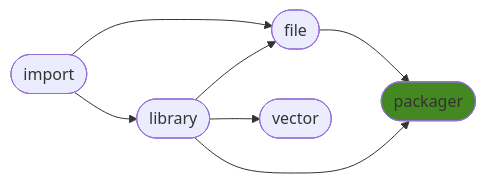
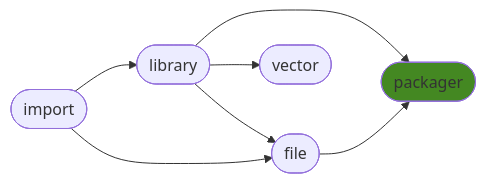
The diagram in README.md (ManderaGeneral/generalpackager), drawn with Mermaid before and after one commit. The commit also changed other lines of this file, not shown here.

````diff
--- a/README.md
+++ b/README.md
@@ -19,15 +24,15 @@
 ```mermaid
 flowchart LR
 1([library]) --> 3([vector])
+0([import]) --> 1([library])
+1([library]) --> 2([file])
 0([import]) --> 2([file])
+1([library]) --> 4([packager])
 2([file]) --> 4([packager])
-0([import]) --> 1([library])
-1([library]) --> 4([packager])
-1([library]) --> 2([file])
 click 0 "https://github.com/ManderaGeneral/generalimport"
 click 1 "https://github.com/ManderaGeneral/generallibrary"
 click 2 "https://github.com/ManderaGeneral/generalfile"
 click 3 "https://github.com/ManderaGeneral/generalvector"
 click 4 "https://github.com/ManderaGeneral/generalpackager"
 style 4 fill:#482
 ```
````
